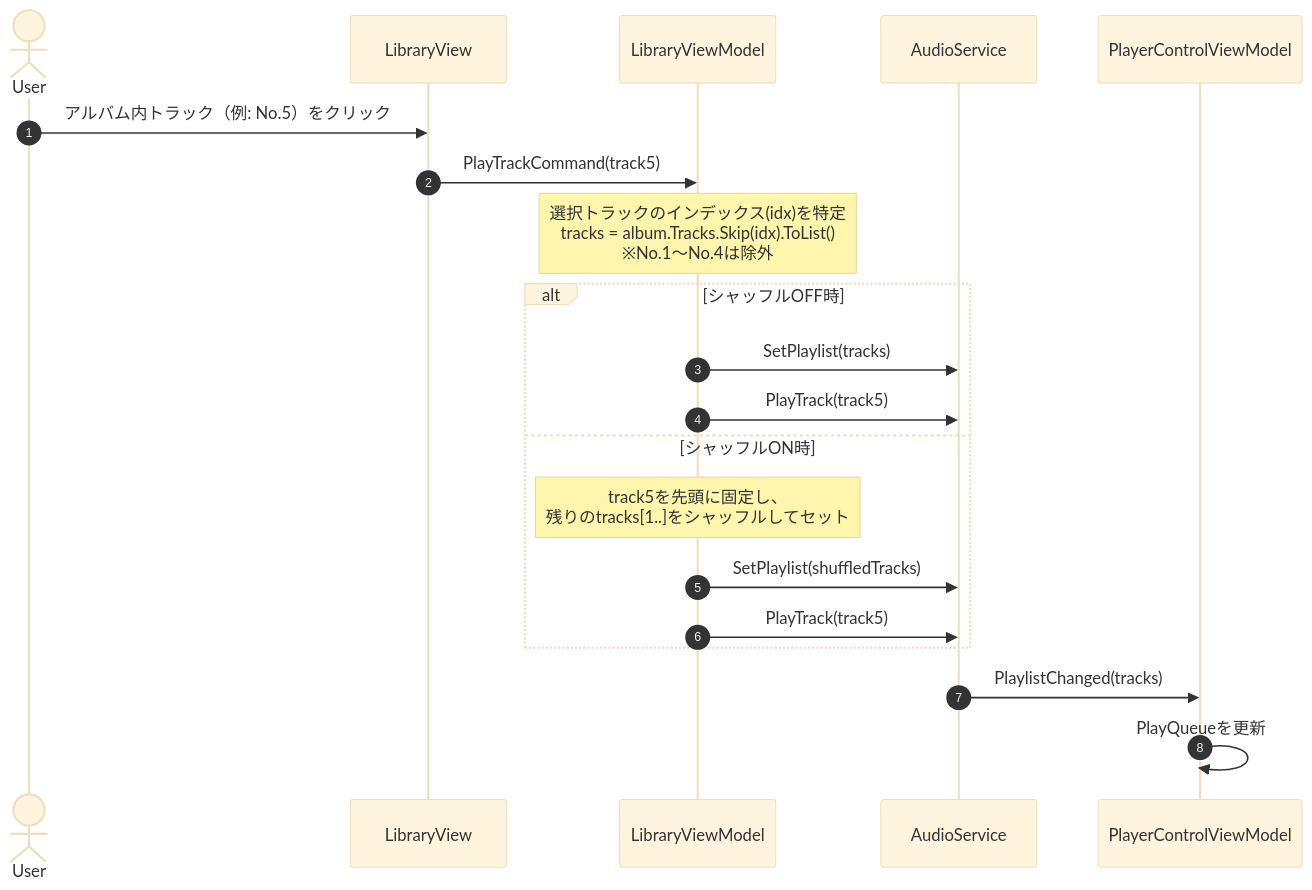
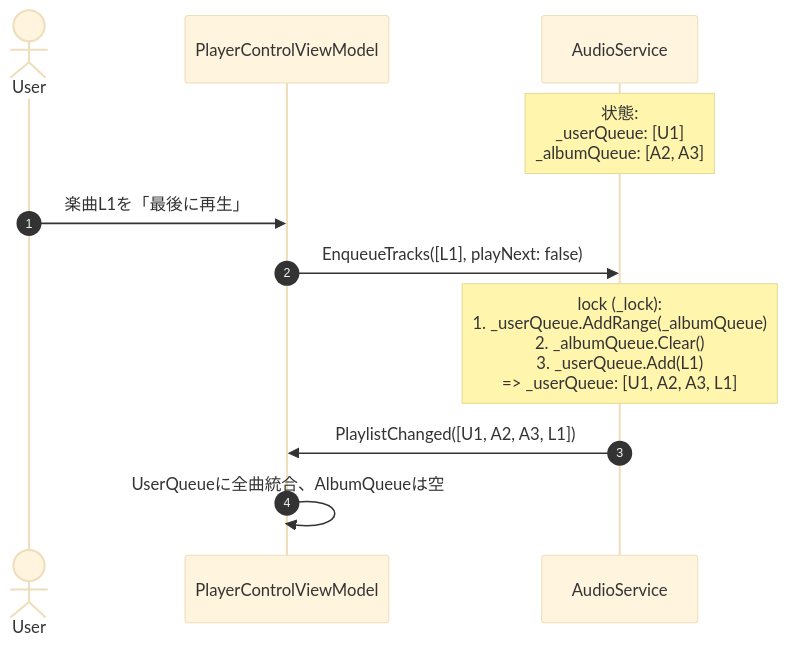
Before and after one commit to taketonnbo/Audio_Effector: the third of 4 diagrams in 設計/詳細設計/再生キュー.md, drawn with Mermaid (base theme). The commit also changed other lines of this file and 2 other files, not shown here.

````diff
--- a/設計/詳細設計/再生キュー.md
+++ b/設計/詳細設計/再生キュー.md
@@ -135,23 +154,14 @@
 ```mermaid
 sequenceDiagram
     autonumber
     actor User
-    participant LibView as LibraryView
-    participant LibVM as LibraryViewModel
+    participant VM as PlayerControlViewModel
     participant Audio as AudioService
-    participant CtrlVM as PlayerControlViewModel
 
-    User->>LibView: アルバム内トラック（例: No.5）をクリック
-    LibView->>LibVM: PlayTrackCommand(track5)
-    Note over LibVM: 選択トラックのインデックス(idx)を特定<br/>tracks = album.Tracks.Skip(idx).ToList()<br/>※No.1〜No.4は除外
-    alt シャッフルOFF時
-        LibVM->>Audio: SetPlaylist(tracks)
-        LibVM->>Audio: PlayTrack(track5)
-    else シャッフルON時
-        Note over LibVM: track5を先頭に固定し、<br/>残りのtracks[1..]をシャッフルしてセット
-        LibVM->>Audio: SetPlaylist(shuffledTracks)
-        LibVM->>Audio: PlayTrack(track5)
-    end
-    Audio->>CtrlVM: PlaylistChanged(tracks)
-    CtrlVM->>CtrlVM: PlayQueueを更新
+    Note over Audio: 状態:<br/>_userQueue: [U1]<br/>_albumQueue: [A2, A3]
+    User->>VM: 楽曲L1を「最後に再生」
+    VM->>Audio: EnqueueTracks([L1], playNext: false)
+    Note over Audio: lock (_lock):<br/>1. _userQueue.AddRange(_albumQueue)<br/>2. _albumQueue.Clear()<br/>3. _userQueue.Add(L1)<br/>=> _userQueue: [U1, A2, A3, L1]
+    Audio->>VM: PlaylistChanged([U1, A2, A3, L1])
+    VM->>VM: UserQueueに全曲統合、AlbumQueueは空
 ```
````
